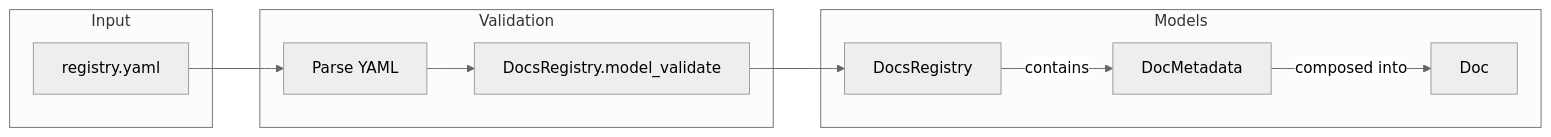
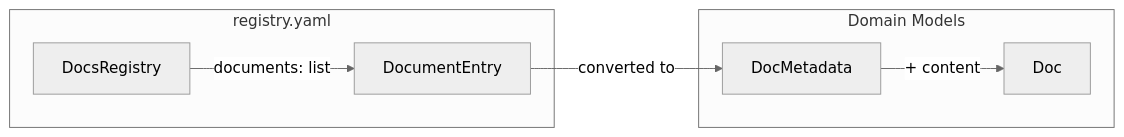
Before and after one commit to AI-Substrate/flow_squared: the second of 3 diagrams in docs/plans/014-mcp-doco/tasks/phase-1-domain-models-and-registry/tasks.md, drawn with Mermaid (neutral theme). The commit also changed other lines of this file and 17 other files, not shown here.

````diff
--- a/docs/plans/014-mcp-doco/tasks/phase-1-domain-models-and-registry/tasks.md
+++ b/docs/plans/014-mcp-doco/tasks/phase-1-domain-models-and-registry/tasks.md
@@ -194,23 +216,16 @@
 ```mermaid
 flowchart LR
-    subgraph Input
-        YAML[registry.yaml]
+    subgraph Registry["registry.yaml"]
+        REG[DocsRegistry]
+        DOC_ENTRY[DocumentEntry]
     end
 
-    subgraph Validation
-        Parse[Parse YAML]
-        Validate[DocsRegistry.model_validate]
+    subgraph Domain["Domain Models"]
+        META[DocMetadata]
+        DOC[Doc]
     end
 
-    subgraph Models
-        Registry[DocsRegistry]
-        Meta[DocMetadata]
-        Doc[Doc]
-    end
-
-    YAML --> Parse
-    Parse --> Validate
-    Validate --> Registry
-    Registry -->|contains| Meta
-    Meta -->|composed into| Doc
+    REG --> |"documents: list"| DOC_ENTRY
+    DOC_ENTRY --> |"converted to"| META
+    META --> |"+ content"| DOC
 ```
````
